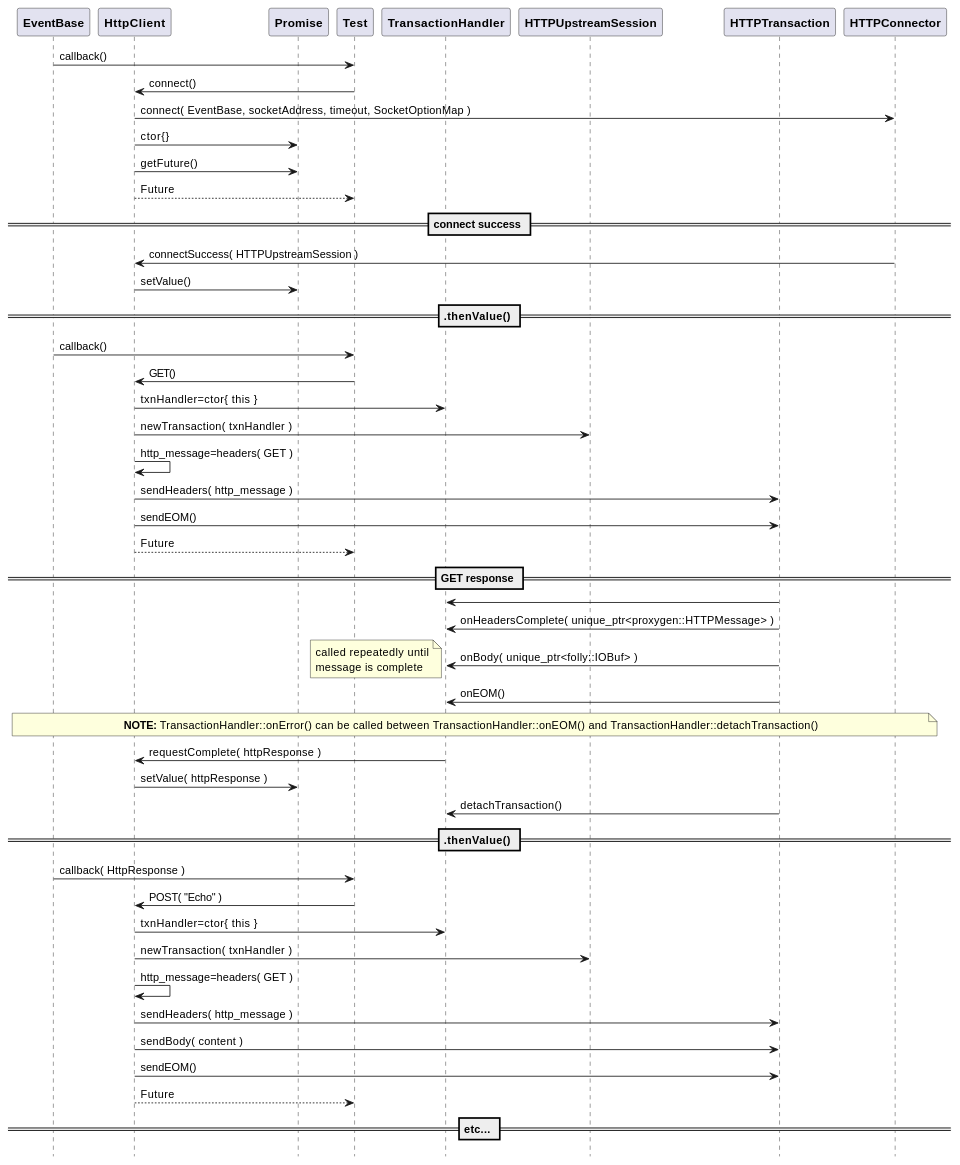
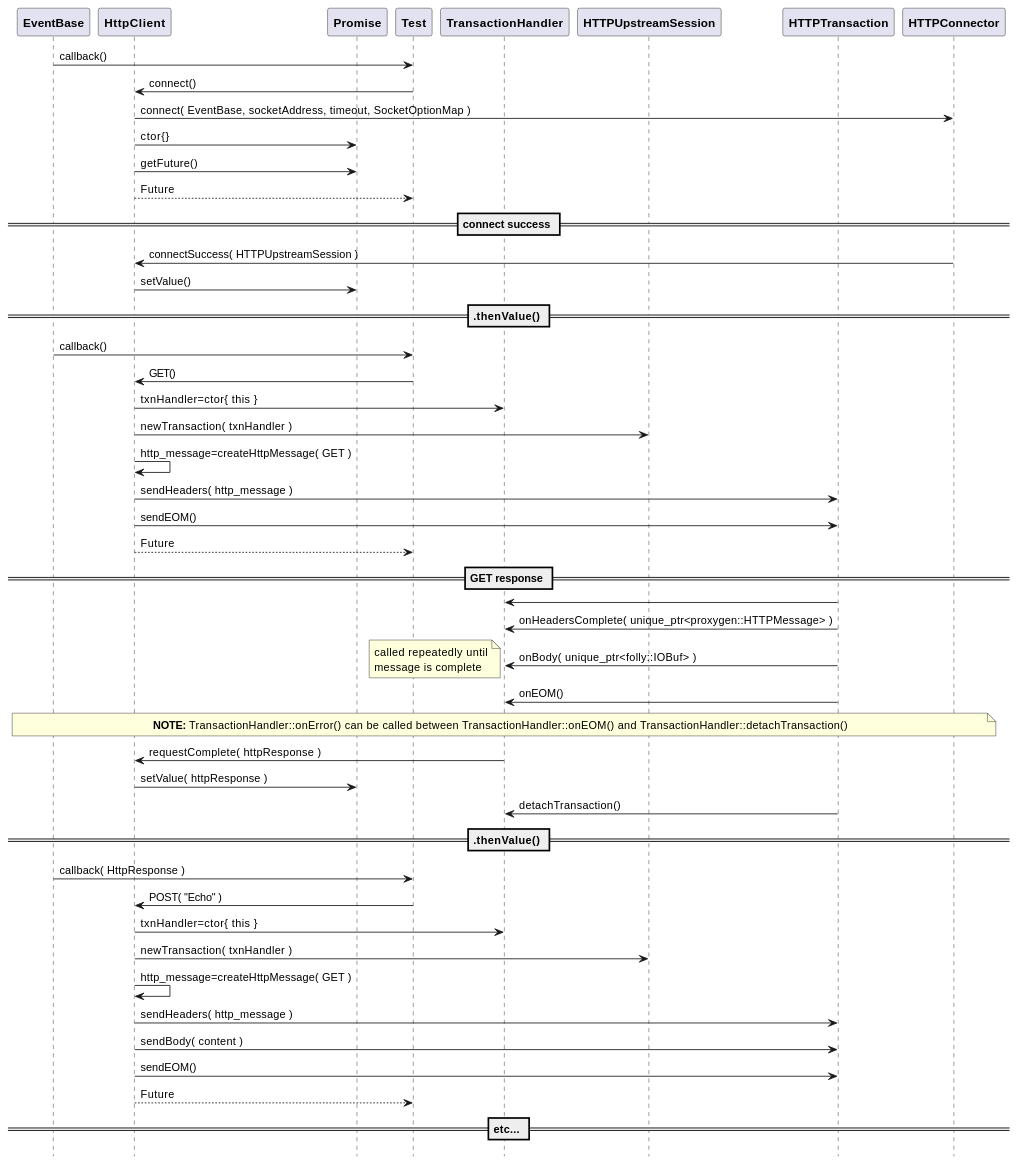
Before and after one commit to patrickhallinan/hello-proxygen: the second of 3 diagrams in doc/test.adoc, drawn with PlantUML. The commit also changed 6 other files, not shown here.

```diff
--- a/doc/test.adoc
+++ b/doc/test.adoc
@@ -53,77 +53,77 @@
 [plantuml, "test.puml", svg]
 ----
 hide footbox
 
 participant "**EventBase**" as EventBase
 participant "**HttpClient**" as HttpClient
 participant "**Promise**" as Promise
 participant "**Test**" as test
 participant "**TransactionHandler**" as TransactionHandler
 participant "**HTTPUpstreamSession**" as HTTPUpstreamSession
 participant "**HTTPTransaction**" as HTTPTransaction
 participant "**HTTPConnector**" as HTTPConnector
 
 
 EventBase -> test : callback()
 test -> HttpClient : connect()
 
 HttpClient -> HTTPConnector : connect( EventBase, socketAddress, timeout, SocketOptionMap )
 HttpClient -> Promise : ctor{}
 HttpClient -> Promise : getFuture()
 HttpClient --> test : Future
 
 == connect success ==
 
 HTTPConnector -> HttpClient : connectSuccess( HTTPUpstreamSession )
 HttpClient -> Promise : setValue()
 
 == .thenValue() ==
 
 EventBase -> test : callback()
 test -> HttpClient : GET()
 HttpClient -> TransactionHandler : txnHandler=ctor{ this }
 HttpClient -> HTTPUpstreamSession : newTransaction( txnHandler )
-HttpClient -> HttpClient : http_message=headers( GET )
+HttpClient -> HttpClient : http_message=createHttpMessage( GET )
 HttpClient -> HTTPTransaction : sendHeaders( http_message )
 HttpClient -> HTTPTransaction : sendEOM()
 
 HttpClient --> test : Future
 
 == GET response ==
 
 HTTPTransaction -> TransactionHandler : 
 
 HTTPTransaction -> TransactionHandler : onHeadersComplete( unique_ptr<proxygen::HTTPMessage> )
 
 HTTPTransaction -> TransactionHandler : onBody( unique_ptr<folly::IOBuf> )
 note left
     called repeatedly until
     message is complete
 end note
 
 HTTPTransaction -> TransactionHandler : onEOM()
 note across
     **NOTE:** TransactionHandler::onError() can be called between TransactionHandler::onEOM() and TransactionHandler::detachTransaction()
 end note
 
 TransactionHandler -> HttpClient : requestComplete( httpResponse )
 HttpClient -> Promise : setValue( httpResponse )
 
 HTTPTransaction -> TransactionHandler : detachTransaction()
 
 == .thenValue() ==
 
 EventBase -> test : callback( HttpResponse )
 
 test -> HttpClient : POST( "Echo" )
 HttpClient -> TransactionHandler : txnHandler=ctor{ this }
 HttpClient -> HTTPUpstreamSession : newTransaction( txnHandler )
-HttpClient -> HttpClient : http_message=headers( GET )
+HttpClient -> HttpClient : http_message=createHttpMessage( GET )
 HttpClient -> HTTPTransaction : sendHeaders( http_message )
 HttpClient -> HTTPTransaction : sendBody( content )
 HttpClient -> HTTPTransaction : sendEOM()
 
 HttpClient --> test : Future
 
 == etc... ==
 ----
```
